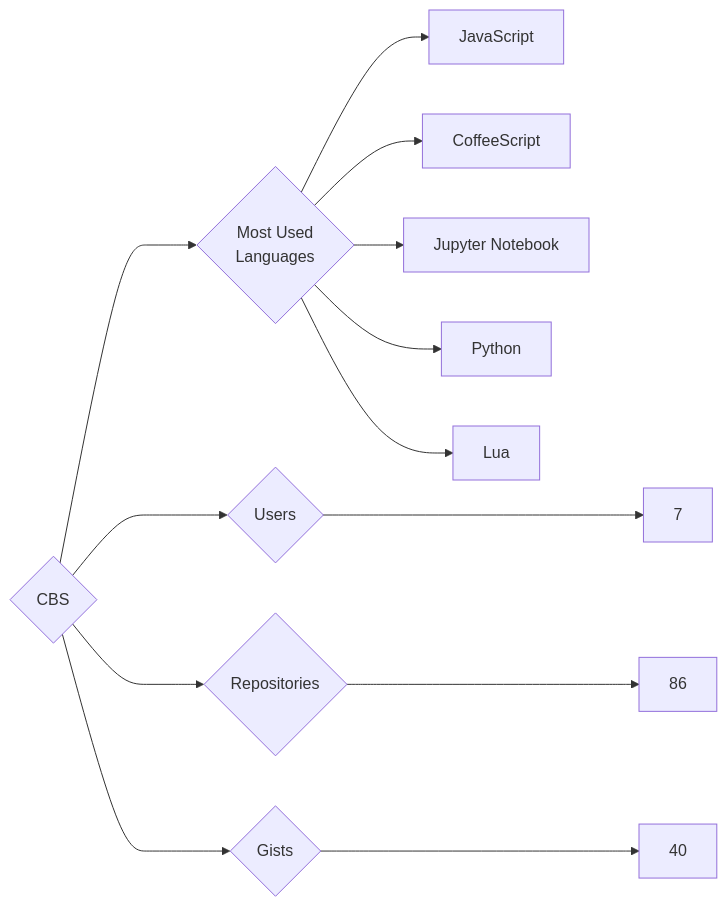
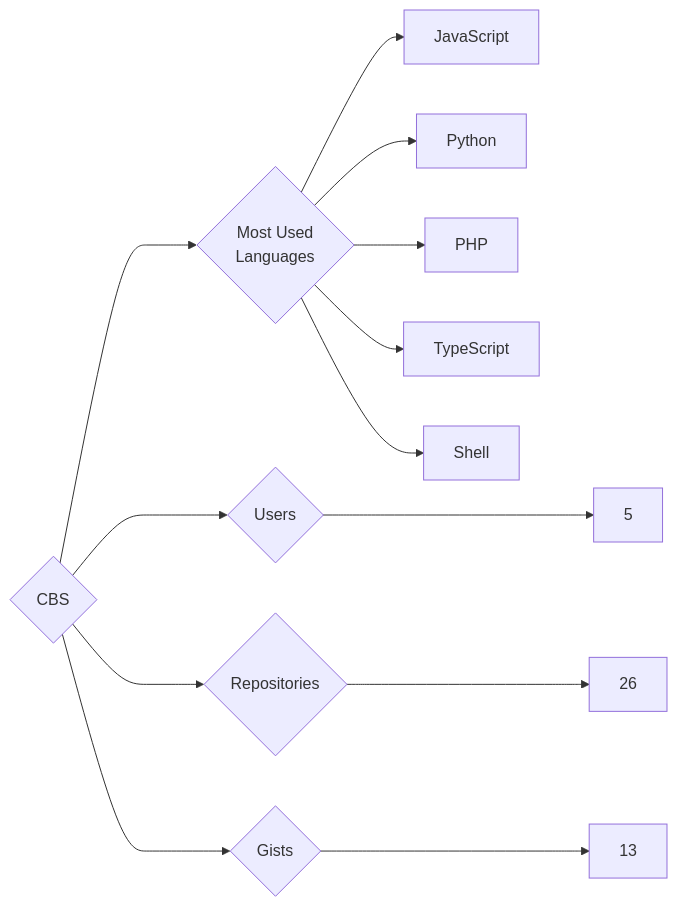
Before and after one commit to trickest/insiders: the diagram in targets/CBS/README.md, drawn with Mermaid. The commit also changed 1195 other files, not shown here.

````diff
--- a/targets/CBS/README.md
+++ b/targets/CBS/README.md
@@ -3,13 +3,13 @@
 ```mermaid
 graph LR
 COMPANY_NAME{CBS}
-COMPANY_NAME ---> U{Users} ---> UN[7]
-COMPANY_NAME ---> R{Repositories} ---> RN[86]
-COMPANY_NAME ---> G{Gists} ---> GN[40]
+COMPANY_NAME ---> U{Users} ---> UN[5]
+COMPANY_NAME ---> R{Repositories} ---> RN[26]
+COMPANY_NAME ---> G{Gists} ---> GN[13]
 COMPANY_NAME ---> ML{Most Used<br>Languages}
 ML --> JavaScript[JavaScript]
-ML --> CoffeeScript[CoffeeScript]
-ML --> Jupyter_Notebook[Jupyter Notebook]
 ML --> Python[Python]
-ML --> Lua[Lua]
+ML --> PHP[PHP]
+ML --> TypeScript[TypeScript]
+ML --> Shell[Shell]
 ```
````
